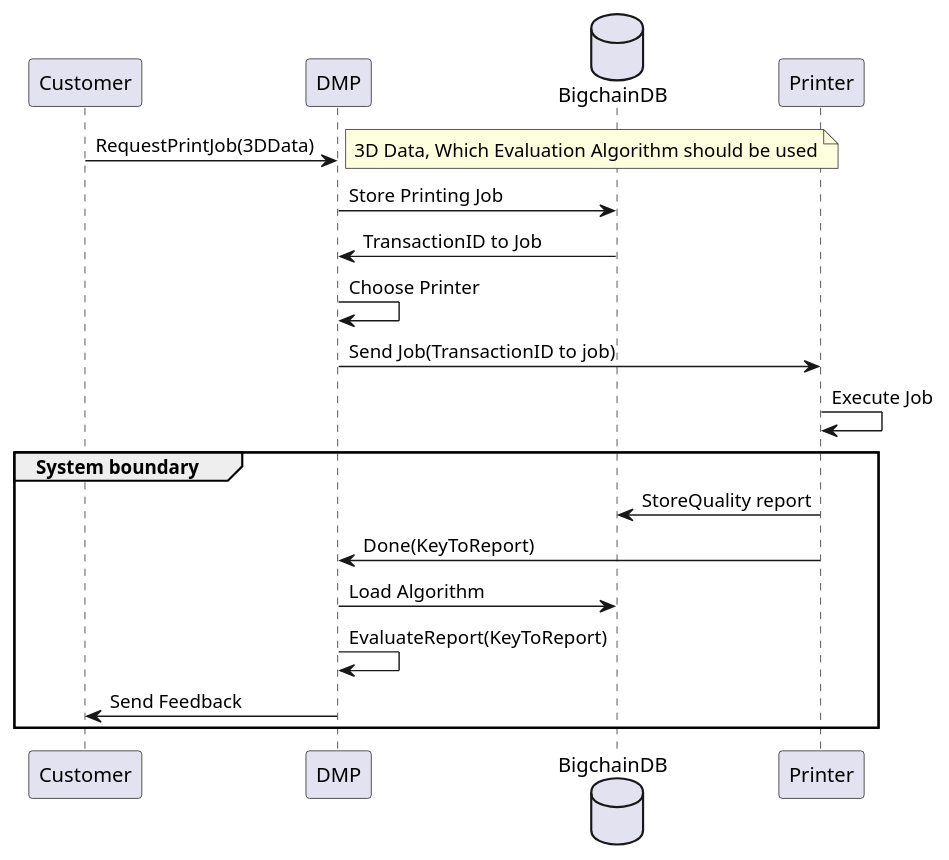
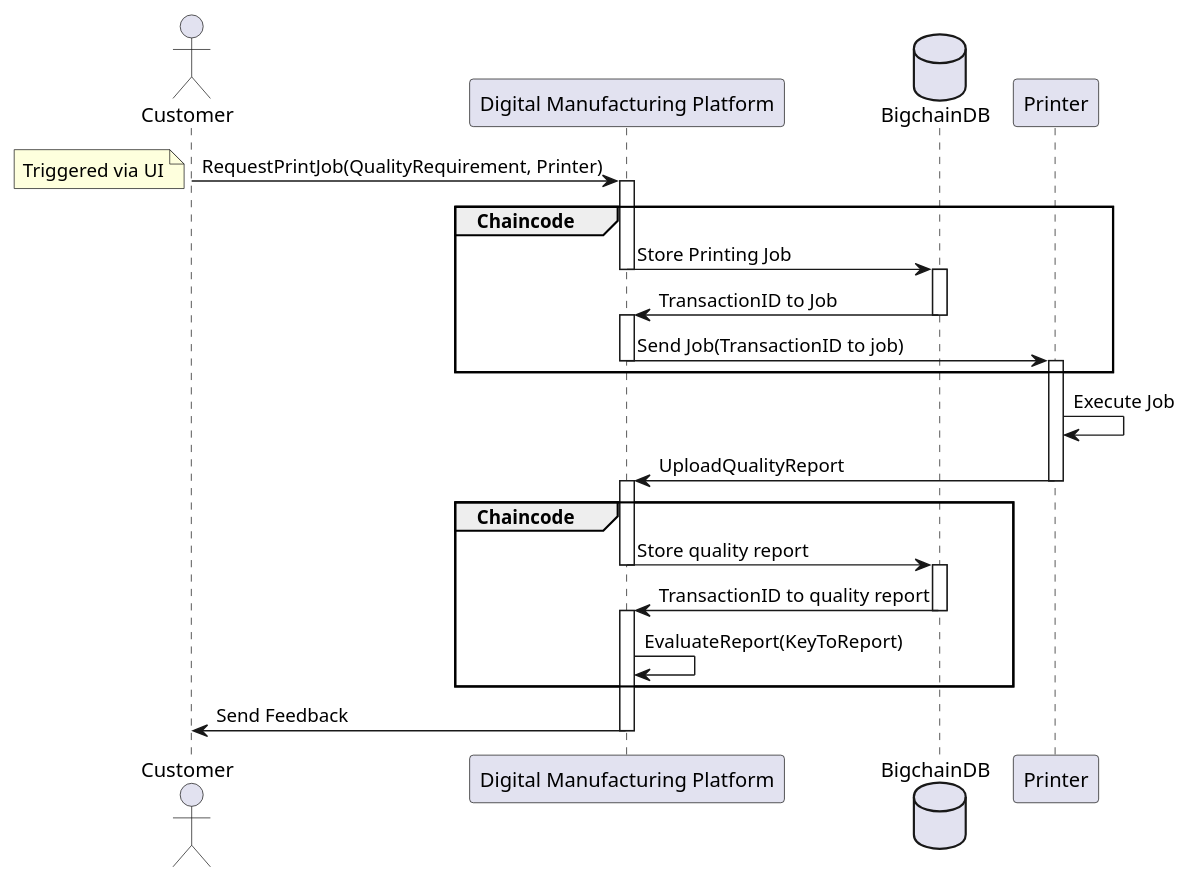
One commit to HaaLeo/digital-manufacturing-platform changed the diagram in docs/Process.pu. Above: the diagram before and after it, drawn with PlantUML. The commit also changed 3 other files, not shown here.

Commit message:
Updated diagrams

```diff
--- a/docs/Process.pu
+++ b/docs/Process.pu
@@ -1,18 +1,37 @@
-@startuml
-Customer -> DMP: RequestPrintJob(3DData)
+@startuml Process
+actor Customer
+participant "Digital Manufacturing Platform" as DMP
 database BigchainDB
 
-note right: 3D Data, Which Evaluation Algorithm should be used
-DMP -> BigchainDB: Store Printing Job
-BigchainDB -> DMP: TransactionID to Job
-DMP -> DMP: Choose Printer
-DMP -> Printer: Send Job(TransactionID to job)
+Customer -> DMP: RequestPrintJob(QualityRequirement, Printer)
+activate DMP
+note left: Triggered via UI
+group Chaincode
+    DMP -> BigchainDB: Store Printing Job
+    deactivate DMP
+    activate BigchainDB
+    BigchainDB -> DMP: TransactionID to Job
+    deactivate BigchainDB
+    activate DMP
+    DMP -> Printer: Send Job(TransactionID to job)
+    deactivate DMP
+    activate Printer
+    
+end
 Printer -> Printer: Execute Job
-group System boundary
-    Printer -> BigchainDB: StoreQuality report
-    Printer -> DMP: Done(KeyToReport)
-    DMP-> BigchainDB: Load Algorithm
+Printer -> DMP: UploadQualityReport
+deactivate Printer
+activate DMP
+group Chaincode
+    DMP -> BigchainDB: Store quality report
+    deactivate DMP
+    activate BigchainDB
+    BigchainDB -> DMP: TransactionID to quality report
+
+    deactivate BigchainDB
+    activate DMP
     DMP -> DMP: EvaluateReport(KeyToReport)
+end
     DMP-> Customer: Send Feedback
-end
+    deactivate DMP
 @enduml
```
